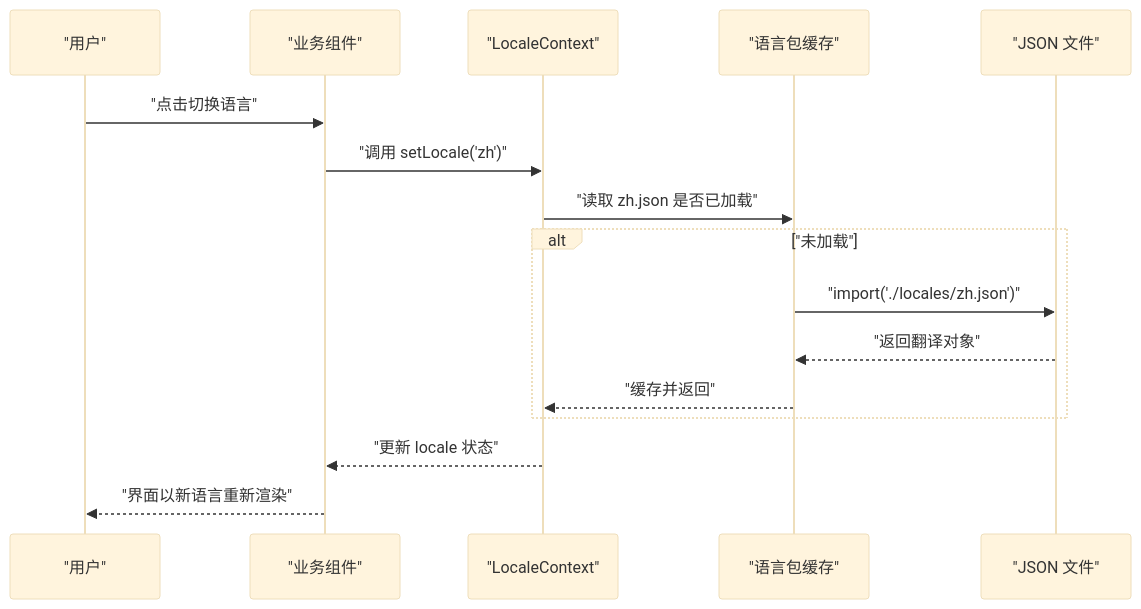
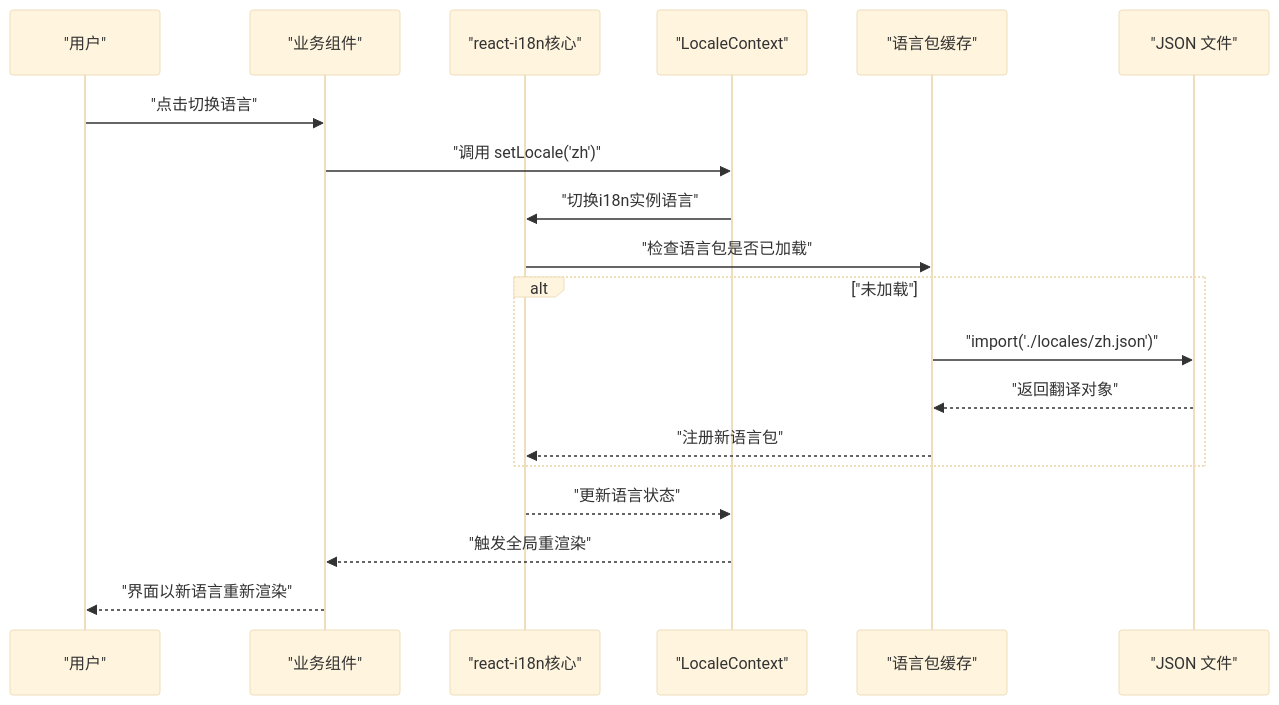
The second of 5 diagrams in .qoder/repowiki/zh/content/国际化系统.md (Hu-Right/supply-os), drawn with Mermaid (base theme) before and after one commit. The commit also changed other lines of this file and 33 other files, not shown here.

````diff
--- a/.qoder/repowiki/zh/content/国际化系统.md
+++ b/.qoder/repowiki/zh/content/国际化系统.md
@@ -78,18 +88,21 @@
 ```mermaid
 sequenceDiagram
 participant U as "用户"
 participant UI as "业务组件"
+participant I18n as "react-i18n核心"
 participant Ctx as "LocaleContext"
 participant Store as "语言包缓存"
 participant FS as "JSON 文件"
 U->>UI : "点击切换语言"
 UI->>Ctx : "调用 setLocale('zh')"
-Ctx->>Store : "读取 zh.json 是否已加载"
+Ctx->>I18n : "切换i18n实例语言"
+I18n->>Store : "检查语言包是否已加载"
 alt "未加载"
 Store->>FS : "import('./locales/zh.json')"
 FS-->>Store : "返回翻译对象"
-Store-->>Ctx : "缓存并返回"
+Store-->>I18n : "注册新语言包"
 end
-Ctx-->>UI : "更新 locale 状态"
+I18n-->>Ctx : "更新语言状态"
+Ctx-->>UI : "触发全局重渲染"
 UI-->>U : "界面以新语言重新渲染"
 ```
````
